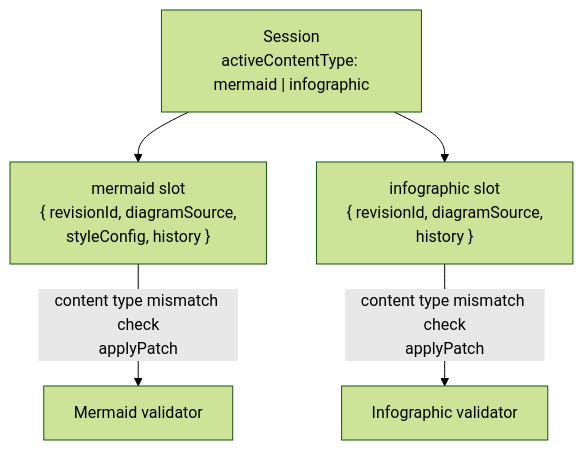
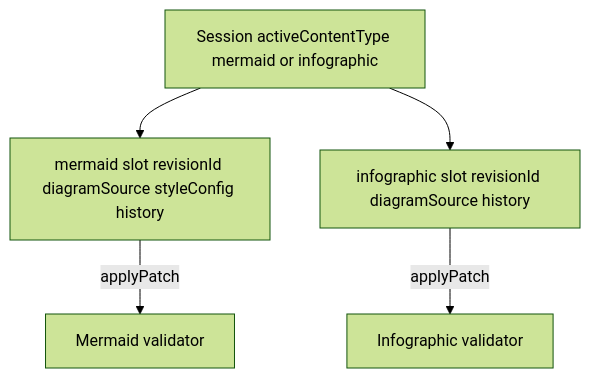
One commit to acuhlmann/mermaid-gen changed the seventh of 9 diagrams in README.md. Above: the diagram before and after it, drawn with Mermaid (forest theme). The commit also changed other lines of this file, not shown here.

First line of the commit message:
Refine README.md documentation for flowcharts and session handling

````diff
--- a/README.md
+++ b/README.md
@@ -269,8 +269,8 @@
 ```mermaid
 flowchart TB
-  Session["Session\nactiveContentType: mermaid | infographic"]
-  Session --> MS["mermaid slot\n{ revisionId, diagramSource,\nstyleConfig, history }"]
-  Session --> IS["infographic slot\n{ revisionId, diagramSource,\nhistory }"]
-  MS -->|"content type mismatch check\napplyPatch"| MV["Mermaid validator"]
-  IS -->|"content type mismatch check\napplyPatch"| IV["Infographic validator"]
+  Session["Session activeContentType mermaid or infographic"]
+  Session --> MS["mermaid slot revisionId diagramSource styleConfig history"]
+  Session --> IS["infographic slot revisionId diagramSource history"]
+  MS -->|applyPatch| MV["Mermaid validator"]
+  IS -->|applyPatch| IV["Infographic validator"]
 ```
````
